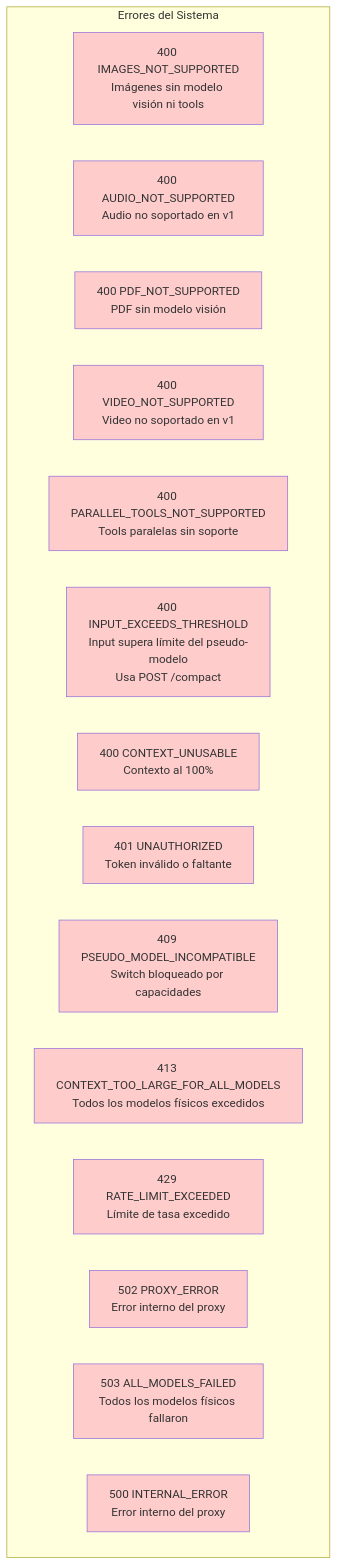
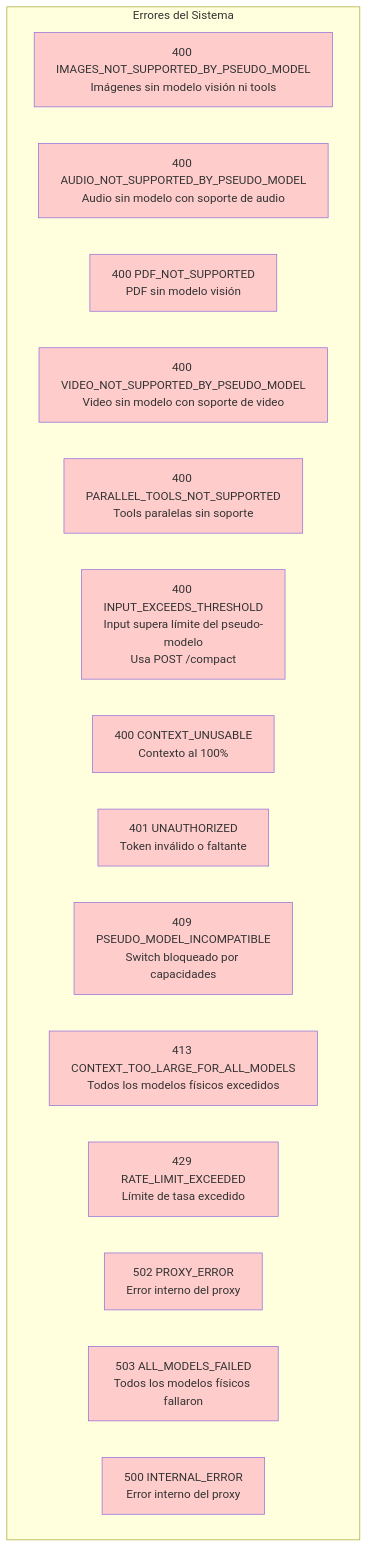
Before and after one commit to CesarGuzmanLopez/proxy-cesar: diagram 12 of 12 in diagramas.md, drawn with Mermaid. The commit also changed 1 other file, not shown here.

Commit message:
fix: audio validation now checks pseudo-model capability (not blanket reject)
- Audio content is allowed when the pseudo-model has physical models
  with audio: true (e.g., audio pseudo-model with whisper)
- Video validation also updated to check model capability
- Updated diagramas.md error map with new error codes
- Updated BUG_VERIFICATION_FLOW.md audio HU

````diff
--- a/diagramas.md
+++ b/diagramas.md
@@ -633,34 +633,34 @@
 ```mermaid
 graph TD
     subgraph Errores["Errores del Sistema"]
-        E1["400 IMAGES_NOT_SUPPORTED<br/>Imágenes sin modelo visión ni tools"]
-        E2["400 AUDIO_NOT_SUPPORTED<br/>Audio no soportado en v1"]
+        E1["400 IMAGES_NOT_SUPPORTED_BY_PSEUDO_MODEL<br/>Imágenes sin modelo visión ni tools"]
+        E2["400 AUDIO_NOT_SUPPORTED_BY_PSEUDO_MODEL<br/>Audio sin modelo con soporte de audio"]
         E3["400 PDF_NOT_SUPPORTED<br/>PDF sin modelo visión"]
-        E4["400 VIDEO_NOT_SUPPORTED<br/>Video no soportado en v1"]
+        E4["400 VIDEO_NOT_SUPPORTED_BY_PSEUDO_MODEL<br/>Video sin modelo con soporte de video"]
         E5["400 PARALLEL_TOOLS_NOT_SUPPORTED<br/>Tools paralelas sin soporte"]
         E6["400 INPUT_EXCEEDS_THRESHOLD<br/>Input supera límite del pseudo-modelo<br/>Usa POST /compact"]
         E7["400 CONTEXT_UNUSABLE<br/>Contexto al 100%"]
         E8["401 UNAUTHORIZED<br/>Token inválido o faltante"]
         E9["409 PSEUDO_MODEL_INCOMPATIBLE<br/>Switch bloqueado por capacidades"]
         E10["413 CONTEXT_TOO_LARGE_FOR_ALL_MODELS<br/>Todos los modelos físicos excedidos"]
         E11["429 RATE_LIMIT_EXCEEDED<br/>Límite de tasa excedido"]
         E12["502 PROXY_ERROR<br/>Error interno del proxy"]
         E13["503 ALL_MODELS_FAILED<br/>Todos los modelos físicos fallaron"]
         E14["500 INTERNAL_ERROR<br/>Error interno del proxy"]
     end
     
     style E1 fill:#ffcccc
     style E2 fill:#ffcccc
     style E3 fill:#ffcccc
     style E4 fill:#ffcccc
     style E5 fill:#ffcccc
     style E6 fill:#ffcccc
     style E7 fill:#ffcccc
     style E8 fill:#ffcccc
     style E9 fill:#ffcccc
     style E10 fill:#ffcccc
     style E11 fill:#ffcccc
     style E12 fill:#ffcccc
     style E13 fill:#ffcccc
     style E14 fill:#ffcccc
 ```
````
